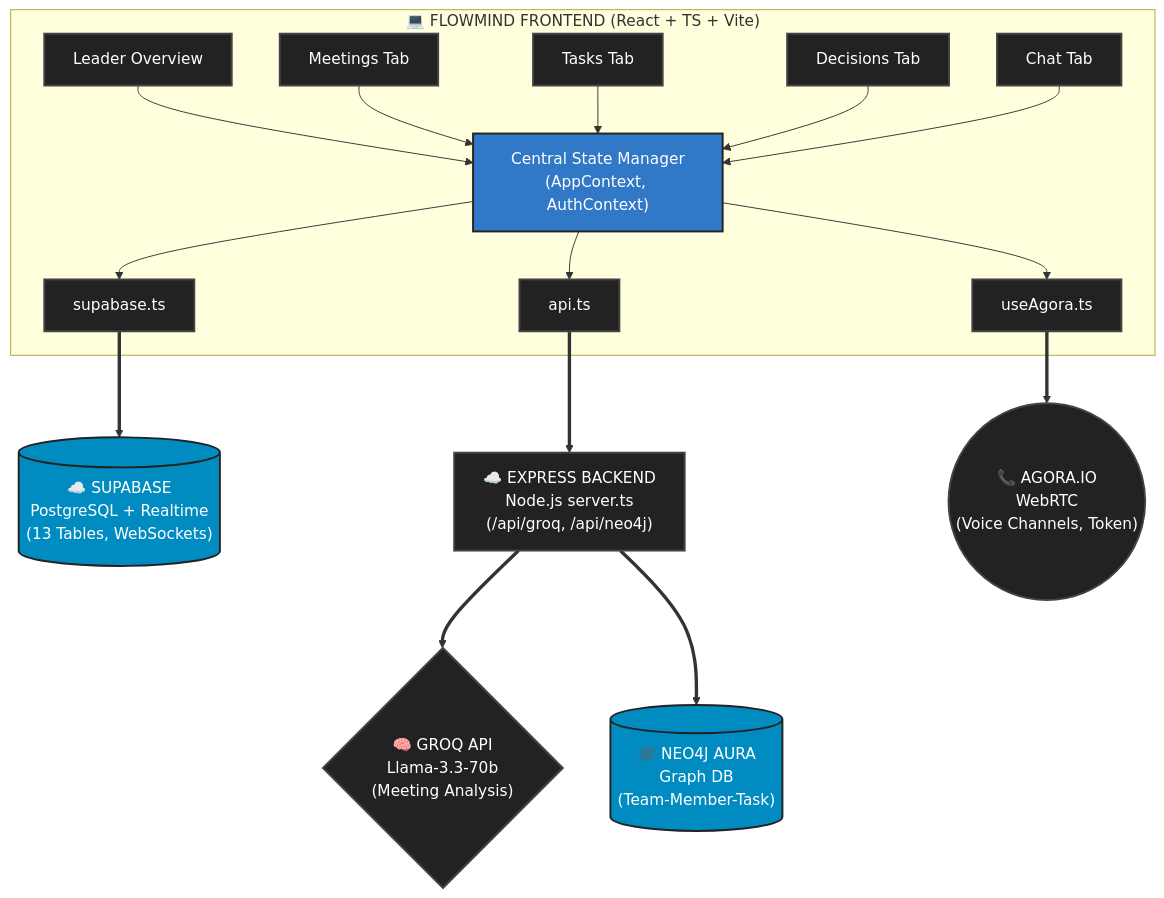
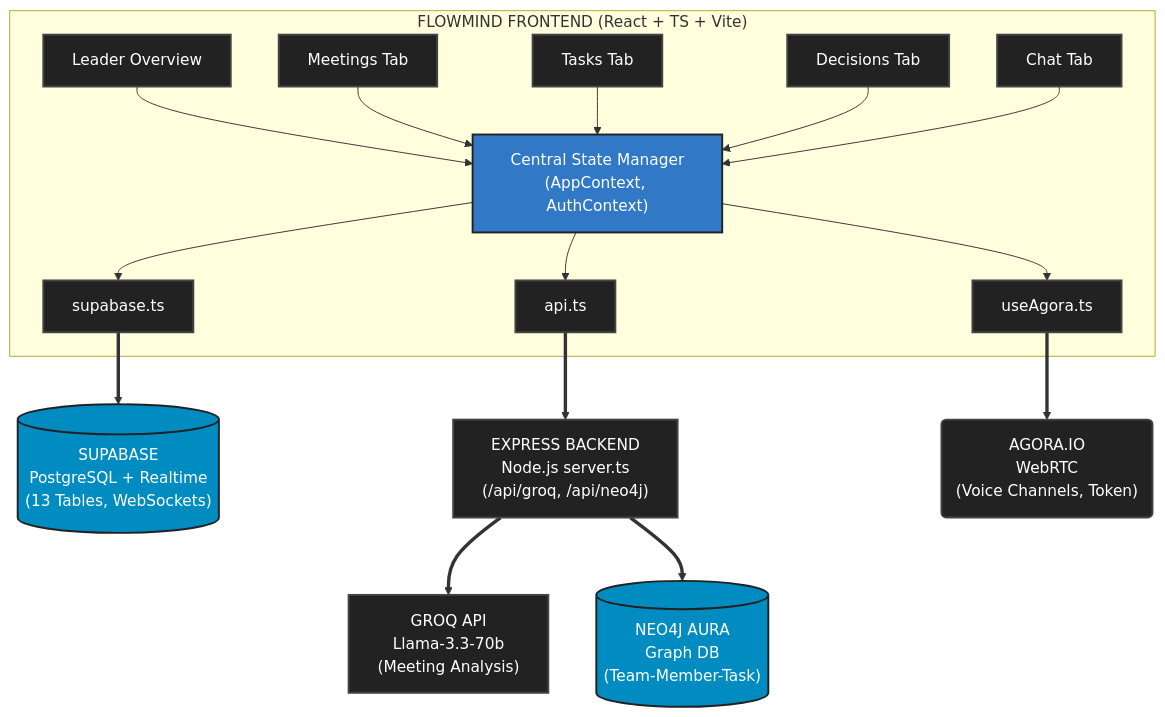
The diagram in README.md (piyushyenorkar/FlowMind), drawn with Mermaid before and after one commit. The commit also changed other lines of this file, not shown here.

Commit message:
clean up mermaid diagram and add space above heading

````diff
--- a/README.md
+++ b/README.md
@@ -52,38 +53,38 @@
 ```mermaid
 flowchart TD
     %% Dark Theme Colors
     classDef box fill:#222,stroke:#444,stroke-width:2px,color:#fff;
     classDef accent fill:#3178C6,stroke:#222,stroke-width:2px,color:#fff;
     classDef db fill:#008CC1,stroke:#222,stroke-width:2px,color:#fff;
     
-    subgraph Frontend ["💻 FLOWMIND FRONTEND (React + TS + Vite)"]
+    subgraph Frontend ["FLOWMIND FRONTEND (React + TS + Vite)"]
         L["Leader Overview"]:::box
         M["Meetings Tab"]:::box
         T["Tasks Tab"]:::box
         D["Decisions Tab"]:::box
         C["Chat Tab"]:::box
         
         State["Central State Manager\n(AppContext, AuthContext)"]:::accent
         
         S_cli["supabase.ts"]:::box
         A_cli["api.ts"]:::box
         U_cli["useAgora.ts"]:::box
         
         L & M & T & D & C --> State
         State --> S_cli & A_cli & U_cli
     end
 
-    Supa[("☁️ SUPABASE\nPostgreSQL + Realtime\n(13 Tables, WebSockets)")]:::db
-    Exp["☁️ EXPRESS BACKEND\nNode.js server.ts\n(/api/groq, /api/neo4j)"]:::box
-    Agora(("📞 AGORA.IO\nWebRTC\n(Voice Channels, Token)")):::box
+    Supa[("SUPABASE\nPostgreSQL + Realtime\n(13 Tables, WebSockets)")]:::db
+    Exp["EXPRESS BACKEND\nNode.js server.ts\n(/api/groq, /api/neo4j)"]:::box
+    Agora("AGORA.IO\nWebRTC\n(Voice Channels, Token)"):::box
 
     S_cli ==> Supa
     A_cli ==> Exp
     U_cli ==> Agora
 
-    Groq{"🧠 GROQ API\nLlama-3.3-70b\n(Meeting Analysis)"}:::box
-    Neo4j[("🕸️ NEO4J AURA\nGraph DB\n(Team-Member-Task)")]:::db
+    Groq["GROQ API\nLlama-3.3-70b\n(Meeting Analysis)"]:::box
+    Neo4j[("NEO4J AURA\nGraph DB\n(Team-Member-Task)")]:::db
 
     Exp ==> Groq
     Exp ==> Neo4j
 ```
````
